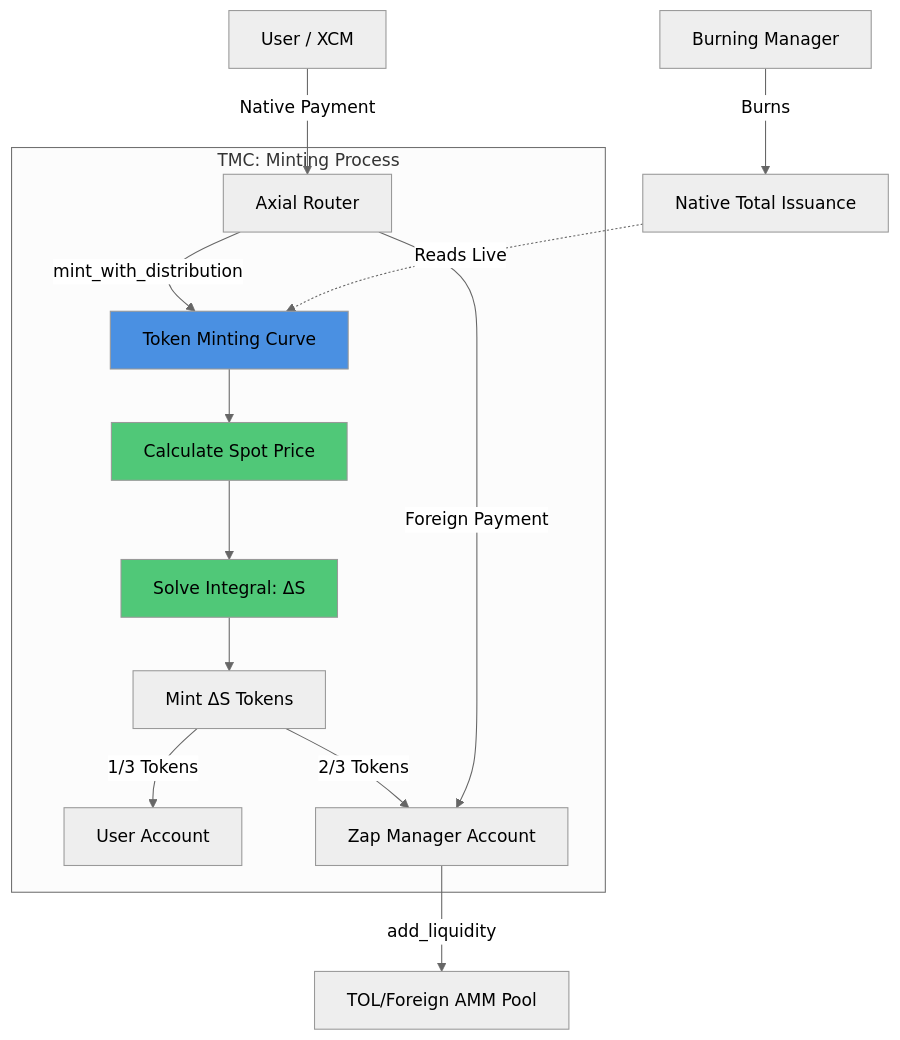
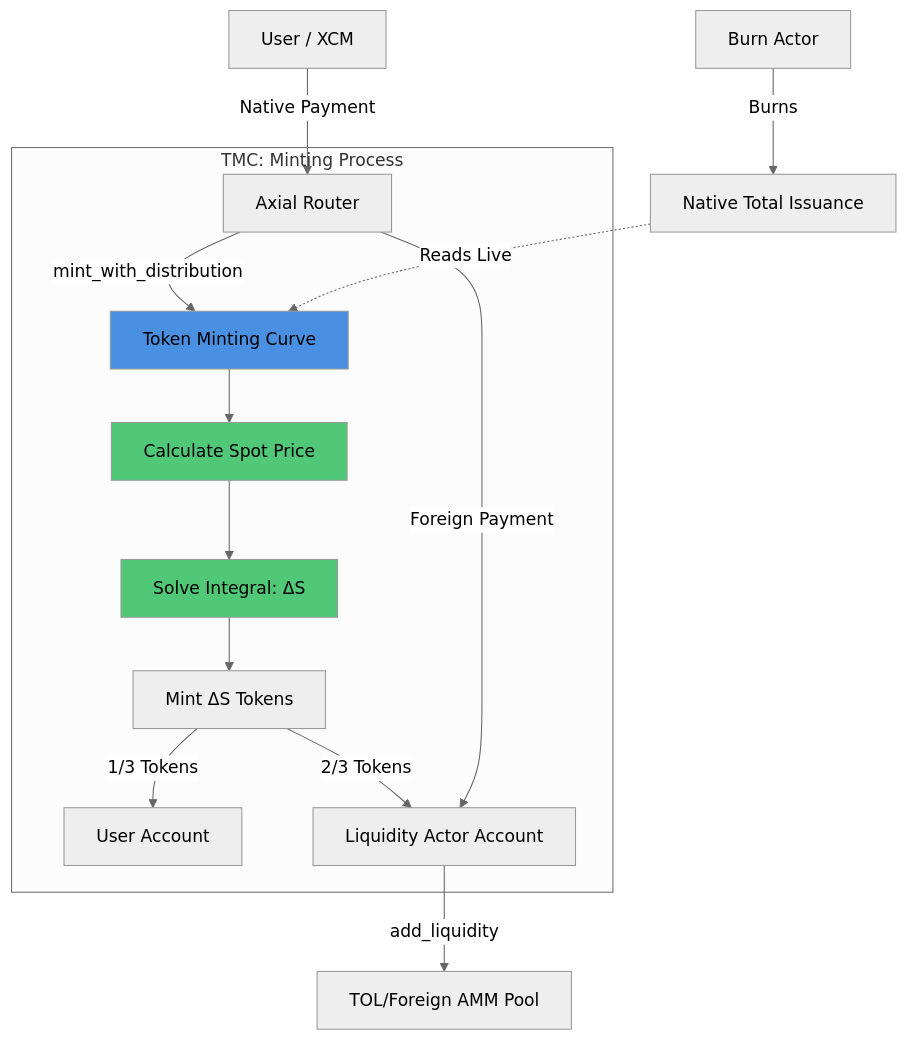
The diagram in docs/tmc.architecture.en.md (atmo-network/deos), drawn with Mermaid (neutral theme) before and after one commit. The commit also changed other lines of this file and 288 other files, not shown here.

````diff
--- a/docs/tmc.architecture.en.md
+++ b/docs/tmc.architecture.en.md
@@ -24,25 +24,25 @@
 ```mermaid
 graph TD
     User[User / XCM] -->|Native Payment| Router[Axial Router]
     Router -->|mint_with_distribution| TMC[Token Minting Curve]
 
     subgraph "TMC: Minting Process"
         TMC --> CalcPrice[Calculate Spot Price]
         CalcPrice --> Integral[Solve Integral: ΔS]
         Integral --> Mint[Mint ΔS Tokens]
 
         Mint -->|1/3 Tokens| UserAccount[User Account]
-        Mint -->|2/3 Tokens| ZapMgr[Zap Manager Account]
+        Mint -->|2/3 Tokens| LiquidityActor[Liquidity Actor Account]
 
-        Router -->|Foreign Payment| ZapMgr
+        Router -->|Foreign Payment| LiquidityActor
     end
 
-    ZapMgr -->|add_liquidity| Pool[TOL/Foreign AMM Pool]
+    LiquidityActor -->|add_liquidity| Pool[TOL/Foreign AMM Pool]
 
-    BM[Burning Manager] -->|Burns| NativeSupply[Native Total Issuance]
+    BurnActor[Burn Actor] -->|Burns| NativeSupply[Native Total Issuance]
     NativeSupply -.->|Reads Live| TMC
 
     style TMC fill:#4a90e2
     style CalcPrice fill:#50c878
     style Integral fill:#50c878
 ```
````
